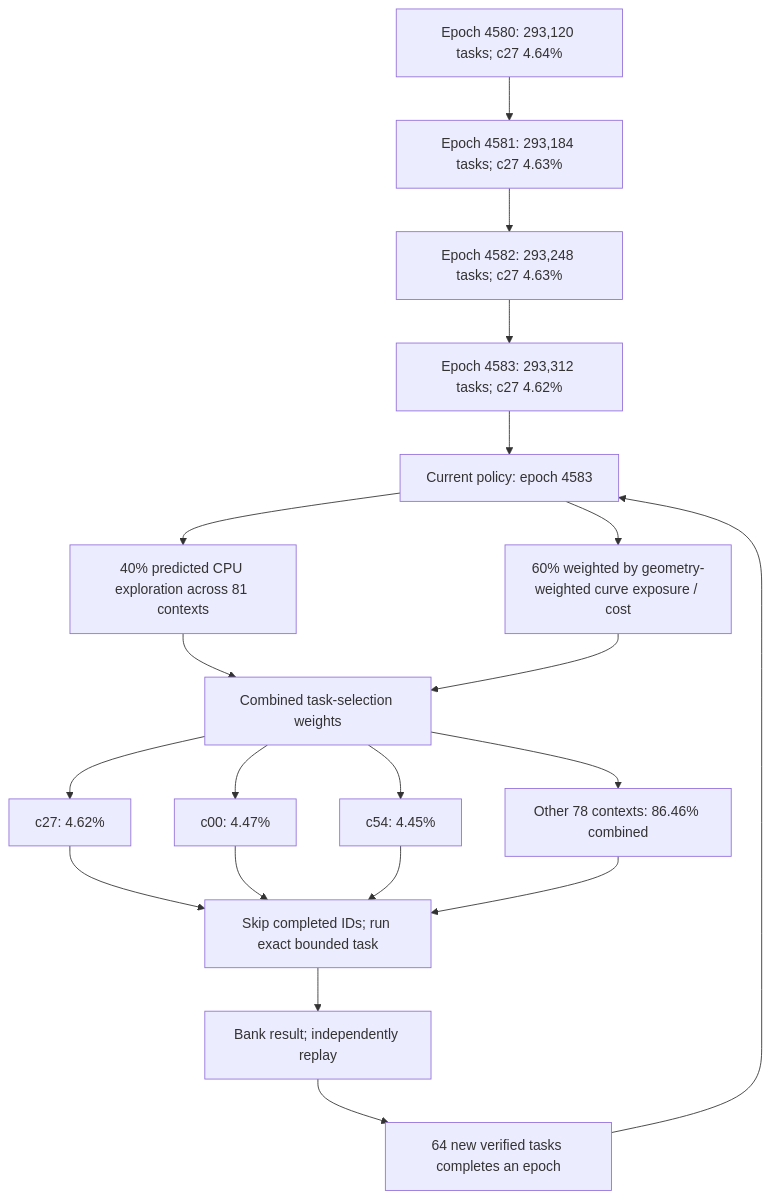
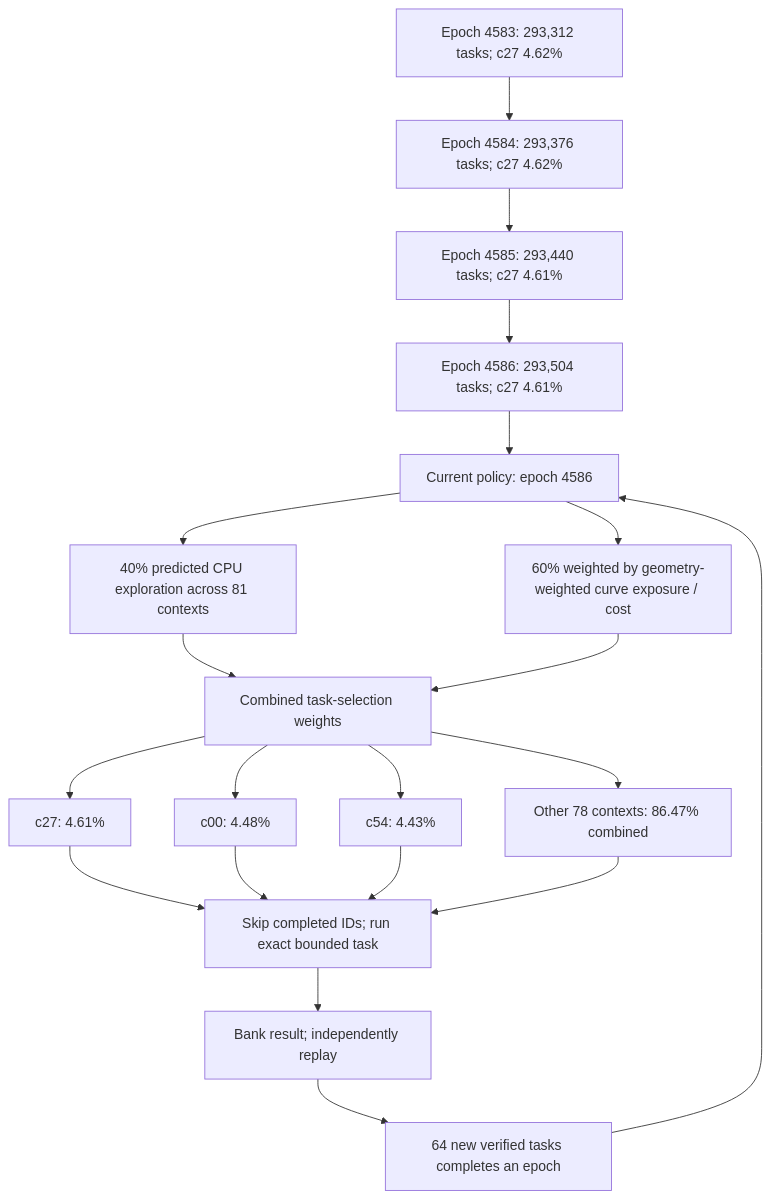
Before and after one commit to Kuberwastaken/math-gambling: the first of 3 diagrams in README.md, drawn with Mermaid. The commit also changed other lines of this file and 3217 other files, not shown here.

````diff
--- a/README.md
+++ b/README.md
@@ -60,27 +60,27 @@
 ```mermaid
 flowchart TD
-    H0["Epoch 4580: 293,120 tasks; c27 4.64%"]
-    H1["Epoch 4581: 293,184 tasks; c27 4.63%"]
+    H0["Epoch 4583: 293,312 tasks; c27 4.62%"]
+    H1["Epoch 4584: 293,376 tasks; c27 4.62%"]
     H0 --> H1
-    H2["Epoch 4582: 293,248 tasks; c27 4.63%"]
+    H2["Epoch 4585: 293,440 tasks; c27 4.61%"]
     H1 --> H2
-    H3["Epoch 4583: 293,312 tasks; c27 4.62%"]
+    H3["Epoch 4586: 293,504 tasks; c27 4.61%"]
     H2 --> H3
-    Policy["Current policy: epoch 4583"]
+    Policy["Current policy: epoch 4586"]
     H3 --> Policy
     Policy --> Explore["40% predicted CPU exploration across 81 contexts"]
     Policy --> Cost["60% weighted by geometry-weighted curve exposure / cost"]
     Explore --> Mix["Combined task-selection weights"]
     Cost --> Mix
-    Mix --> C0["c27: 4.62%"]
-    Mix --> C1["c00: 4.47%"]
-    Mix --> C2["c54: 4.45%"]
-    Mix --> Rest["Other 78 contexts: 86.46% combined"]
+    Mix --> C0["c27: 4.61%"]
+    Mix --> C1["c00: 4.48%"]
+    Mix --> C2["c54: 4.43%"]
+    Mix --> Rest["Other 78 contexts: 86.47% combined"]
     C0 --> Check["Skip completed IDs; run exact bounded task"]
     C1 --> Check
     C2 --> Check
     Rest --> Check
     Check --> Replay["Bank result; independently replay"]
     Replay --> Gate["64 new verified tasks completes an epoch"]
     Gate --> Policy
 ```
````
